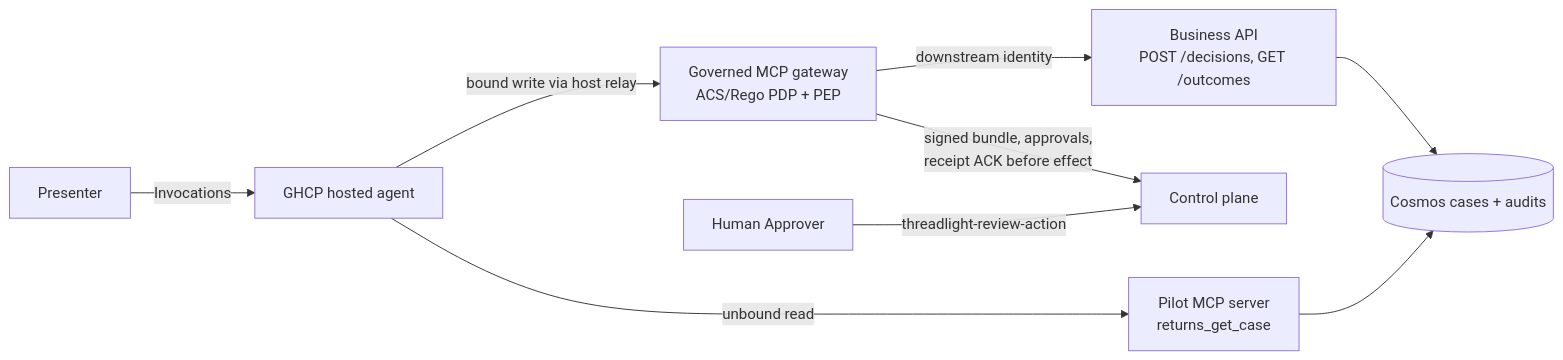
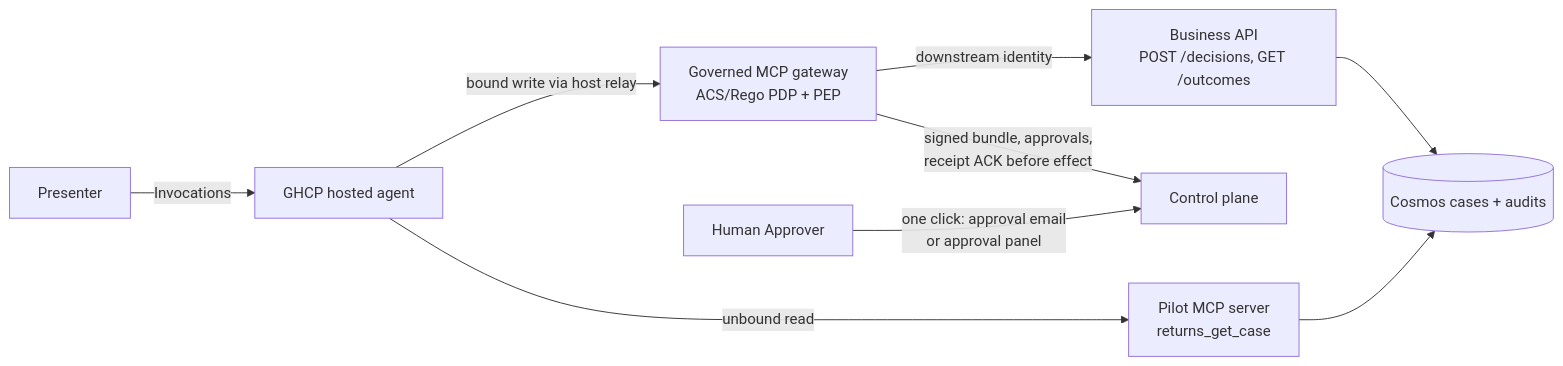
Before and after one commit to aiappsgbb/threadlight-skills: the diagram in examples/governed-write-ghcp/README.md, drawn with Mermaid. The commit also changed other lines of this file and 27 other files, not shown here.

First line of the commit message:
2.51.0: governed-write approver is one click (panel or email), deterministic warm-up, one azd project (#199)

````diff
--- a/examples/governed-write-ghcp/README.md
+++ b/examples/governed-write-ghcp/README.md
@@ -21,11 +21,11 @@
 ```mermaid
 flowchart LR
   U[Presenter] -->|Invocations| A[GHCP hosted agent]
   A -->|unbound read| M[Pilot MCP server<br/>returns_get_case]
   A -->|bound write via host relay| G[Governed MCP gateway<br/>ACS/Rego PDP + PEP]
   G -->|signed bundle, approvals,<br/>receipt ACK before effect| C[Control plane]
   G -->|downstream identity| B[Business API<br/>POST /decisions, GET /outcomes]
   B --> D[(Cosmos cases + audits)]
   M --> D
-  H[Human Approver] -->|threadlight-review-action| C
+  H[Human Approver] -->|one click: approval email<br/>or approval panel| C
 ```
````
